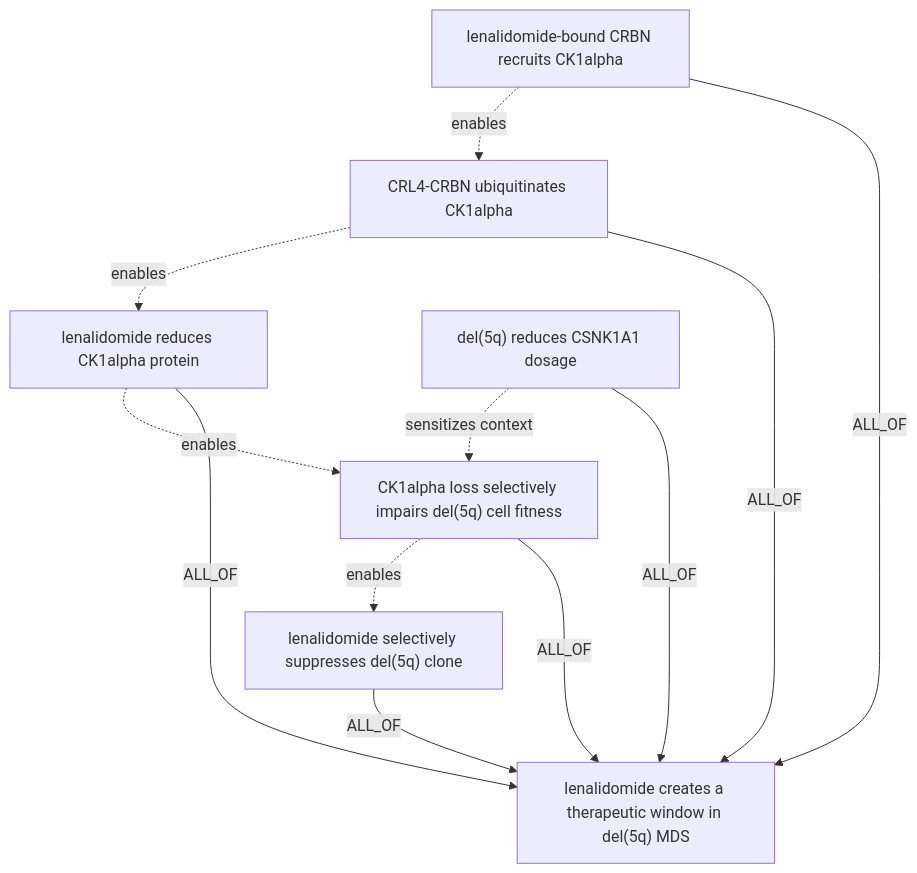
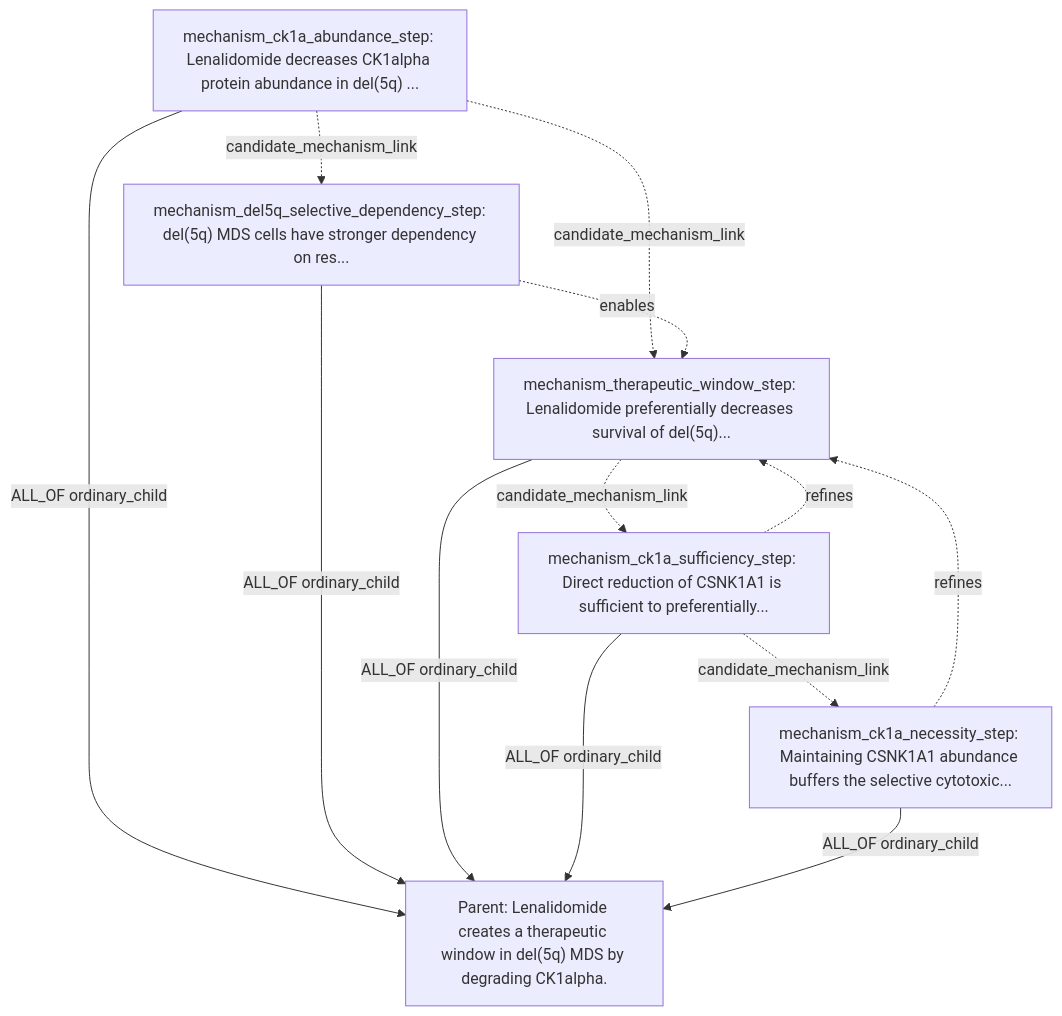
One commit to eliannaqk/bioKG changed the fifth of 12 diagrams in LLM_STEP0_CANDIDATE_CLAIM_DAG_EXAMPLES_20260602.md. Above: the diagram before and after it, drawn with Mermaid. The commit also changed other lines of this file, not shown here.

Commit message:
Update live Step0 claim DAG examples

````diff
--- a/LLM_STEP0_CANDIDATE_CLAIM_DAG_EXAMPLES_20260602.md
+++ b/LLM_STEP0_CANDIDATE_CLAIM_DAG_EXAMPLES_20260602.md
@@ -257,23 +462,23 @@
 ```mermaid
 flowchart TD
-  P["lenalidomide creates a therapeutic window in del(5q) MDS"]
-  A["lenalidomide-bound CRBN recruits CK1alpha"]
-  B["CRL4-CRBN ubiquitinates CK1alpha"]
-  C["lenalidomide reduces CK1alpha protein"]
-  D["del(5q) reduces CSNK1A1 dosage"]
-  E["CK1alpha loss selectively impairs del(5q) cell fitness"]
-  F["lenalidomide selectively suppresses del(5q) clone"]
+  P["Parent: Lenalidomide creates a therapeutic window in del(5q) MDS by degrading CK1alpha."]
+  N1["mechanism_ck1a_abundance_step: Lenalidomide decreases CK1alpha protein abundance in del(5q) ..."]
+  N2["mechanism_del5q_selective_dependency_step: del(5q) MDS cells have stronger dependency on res..."]
+  N3["mechanism_therapeutic_window_step: Lenalidomide preferentially decreases survival of del(5q)..."]
+  N4["mechanism_ck1a_sufficiency_step: Direct reduction of CSNK1A1 is sufficient to preferentially..."]
+  N5["mechanism_ck1a_necessity_step: Maintaining CSNK1A1 abundance buffers the selective cytotoxic..."]
 
-  A -- "ALL_OF" --> P
-  B -- "ALL_OF" --> P
-  C -- "ALL_OF" --> P
-  D -- "ALL_OF" --> P
-  E -- "ALL_OF" --> P
-  F -- "ALL_OF" --> P
+  N1 -- "ALL_OF ordinary_child" --> P
+  N2 -- "ALL_OF ordinary_child" --> P
+  N3 -- "ALL_OF ordinary_child" --> P
+  N4 -- "ALL_OF ordinary_child" --> P
+  N5 -- "ALL_OF ordinary_child" --> P
 
-  A -. "enables" .-> B
-  B -. "enables" .-> C
-  D -. "sensitizes context" .-> E
-  C -. "enables" .-> E
-  E -. "enables" .-> F
+  N1 -. "candidate_mechanism_link" .-> N3
+  N2 -. "enables" .-> N3
+  N4 -. "refines" .-> N3
+  N5 -. "refines" .-> N3
+  N1 -. "candidate_mechanism_link" .-> N2
+  N3 -. "candidate_mechanism_link" .-> N4
+  N4 -. "candidate_mechanism_link" .-> N5
 ```
````
